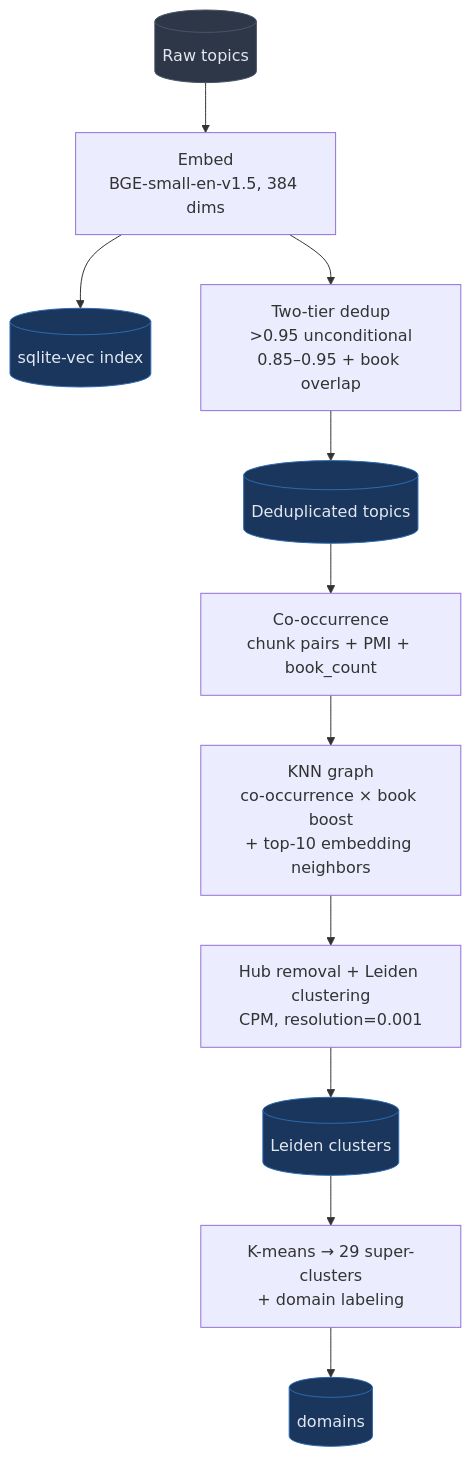
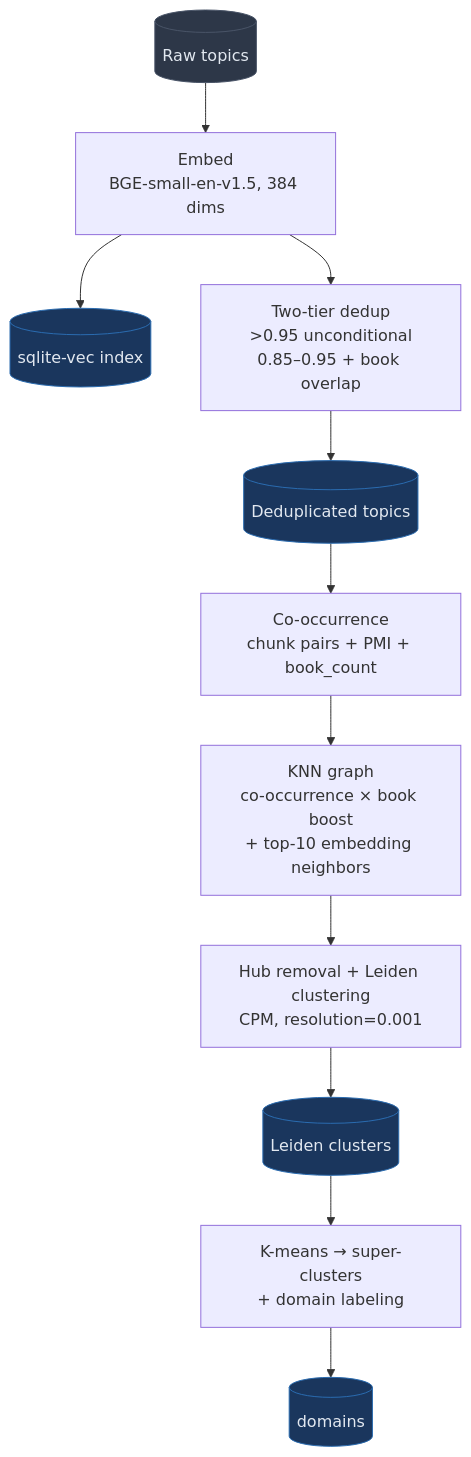
One commit to seaberger/libtrails changed the third of 5 diagrams in README.md. Above: the diagram before and after it, drawn with Mermaid. The commit also changed other lines of this file, not shown here.

````diff
--- a/README.md
+++ b/README.md
@@ -132,22 +141,22 @@
 ```mermaid
 flowchart TD
     A[(Raw topics)] --> B[Embed<br/>BGE-small-en-v1.5, 384 dims]
     B --> C[(sqlite-vec index)]
 
     B --> D[Two-tier dedup<br/>>0.95 unconditional<br/>0.85–0.95 + book overlap]
     D --> E[(Deduplicated topics)]
 
     E --> F[Co-occurrence<br/>chunk pairs + PMI + book_count]
     F --> G[KNN graph<br/>co-occurrence × book boost<br/>+ top-10 embedding neighbors]
     G --> H[Hub removal + Leiden clustering<br/>CPM, resolution=0.001]
     H --> I[(Leiden clusters)]
 
-    I --> J[K-means → 29 super-clusters<br/>+ domain labeling]
+    I --> J[K-means → super-clusters<br/>+ domain labeling]
     J --> K[(domains)]
 
     style A fill:#2d3748,stroke:#4a5568,color:#e2e8f0
     style C fill:#1a365d,stroke:#2b6cb0,color:#e2e8f0
     style E fill:#1a365d,stroke:#2b6cb0,color:#e2e8f0
     style I fill:#1a365d,stroke:#2b6cb0,color:#e2e8f0
     style K fill:#1a365d,stroke:#2b6cb0,color:#e2e8f0
 ```
````
